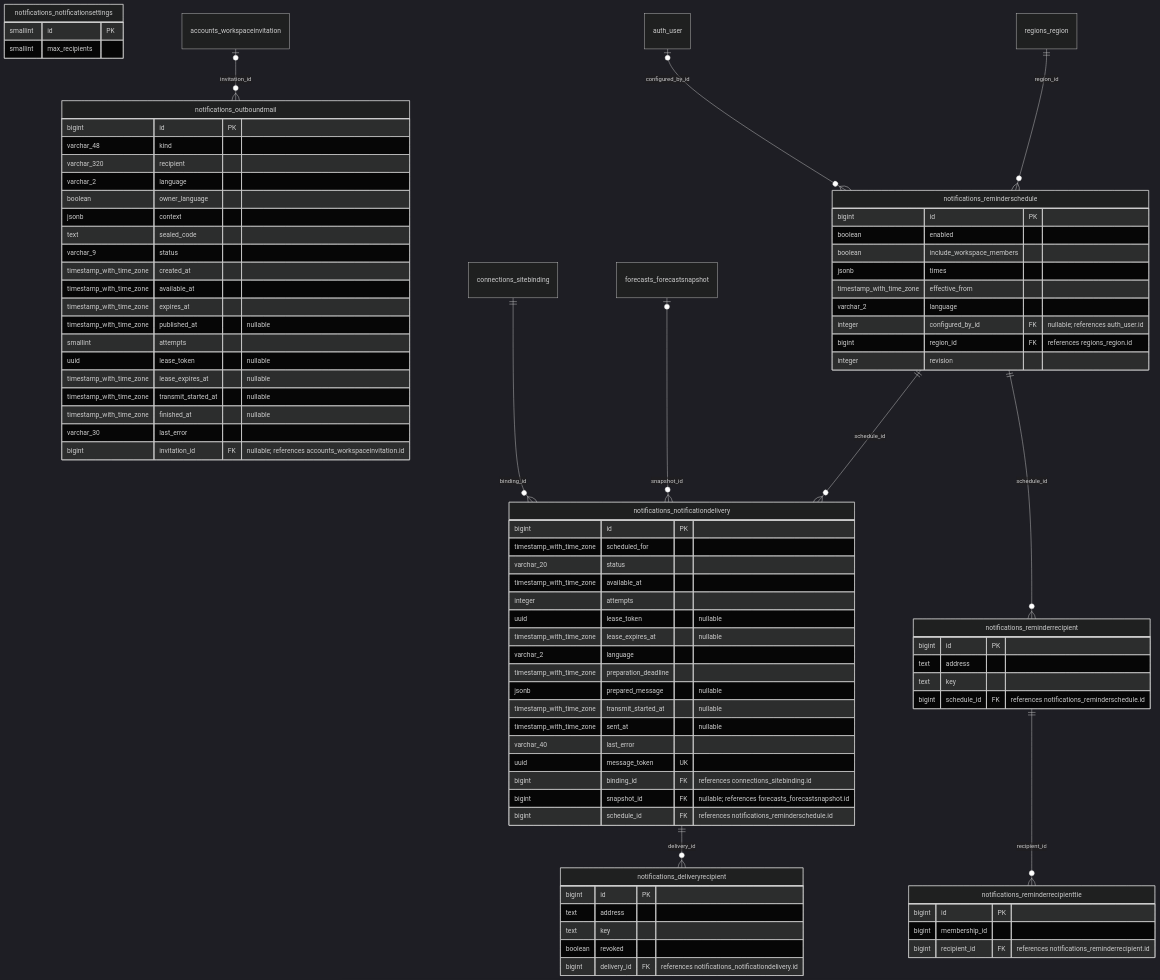
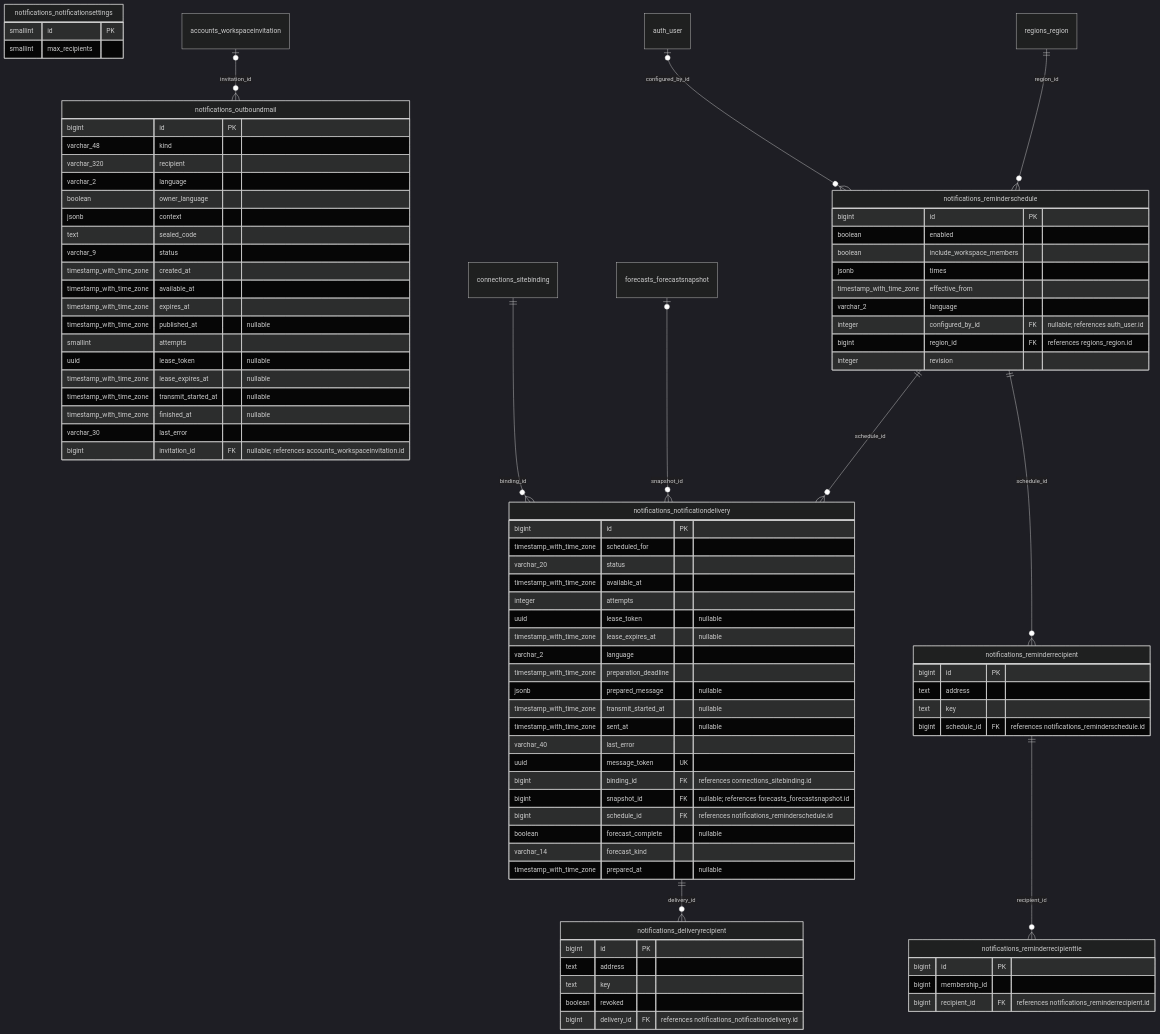
The eighth of 18 diagrams in docs/DATA_MODEL.md (erkurtharun/pyracast), drawn with Mermaid (dark theme) before and after one commit. The commit also changed other lines of this file and 50 other files, not shown here.

```diff
--- a/docs/DATA_MODEL.md
+++ b/docs/DATA_MODEL.md
@@ -957,6 +957,9 @@
         bigint binding_id FK "references connections_sitebinding.id"
         bigint snapshot_id FK "nullable; references forecasts_forecastsnapshot.id"
         bigint schedule_id FK "references notifications_reminderschedule.id"
+        boolean forecast_complete "nullable"
+        varchar_14 forecast_kind
+        timestamp_with_time_zone prepared_at "nullable"
     }
     notifications_notificationsettings {
         smallint id PK
```
